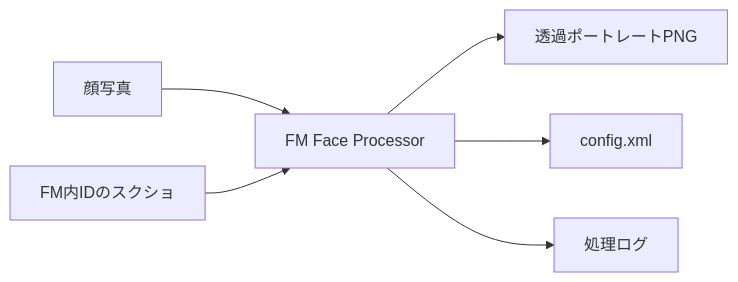
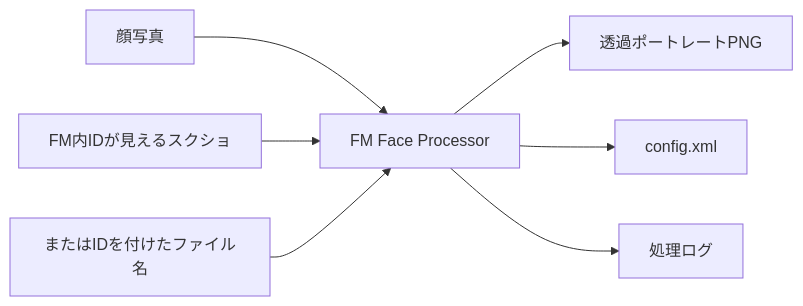
One commit to kumajia/FM-Face-Processor changed the first of 2 diagrams in README.md. Above: the diagram before and after it, drawn with Mermaid. The commit also changed other lines of this file and 1 other file, not shown here.

````diff
--- a/README.md
+++ b/README.md
@@ -44,8 +44,9 @@
 ```mermaid
 flowchart LR
     A[顔写真] --> C[FM Face Processor]
-    B[FM内IDのスクショ] --> C
+    B[FM内IDが見えるスクショ] --> C
+    G[またはIDを付けたファイル名] --> C
     C --> D[透過ポートレートPNG]
     C --> E[config.xml]
     C --> F[処理ログ]
 ```
````
